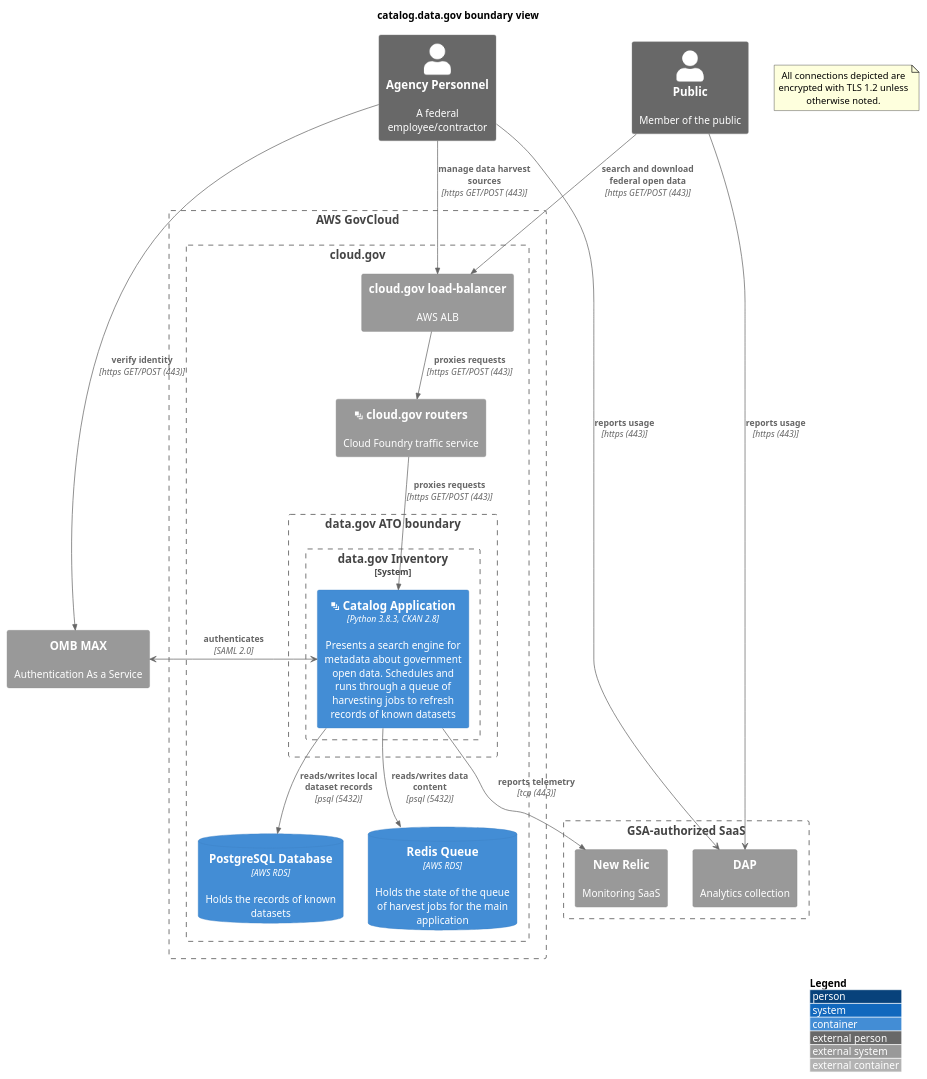
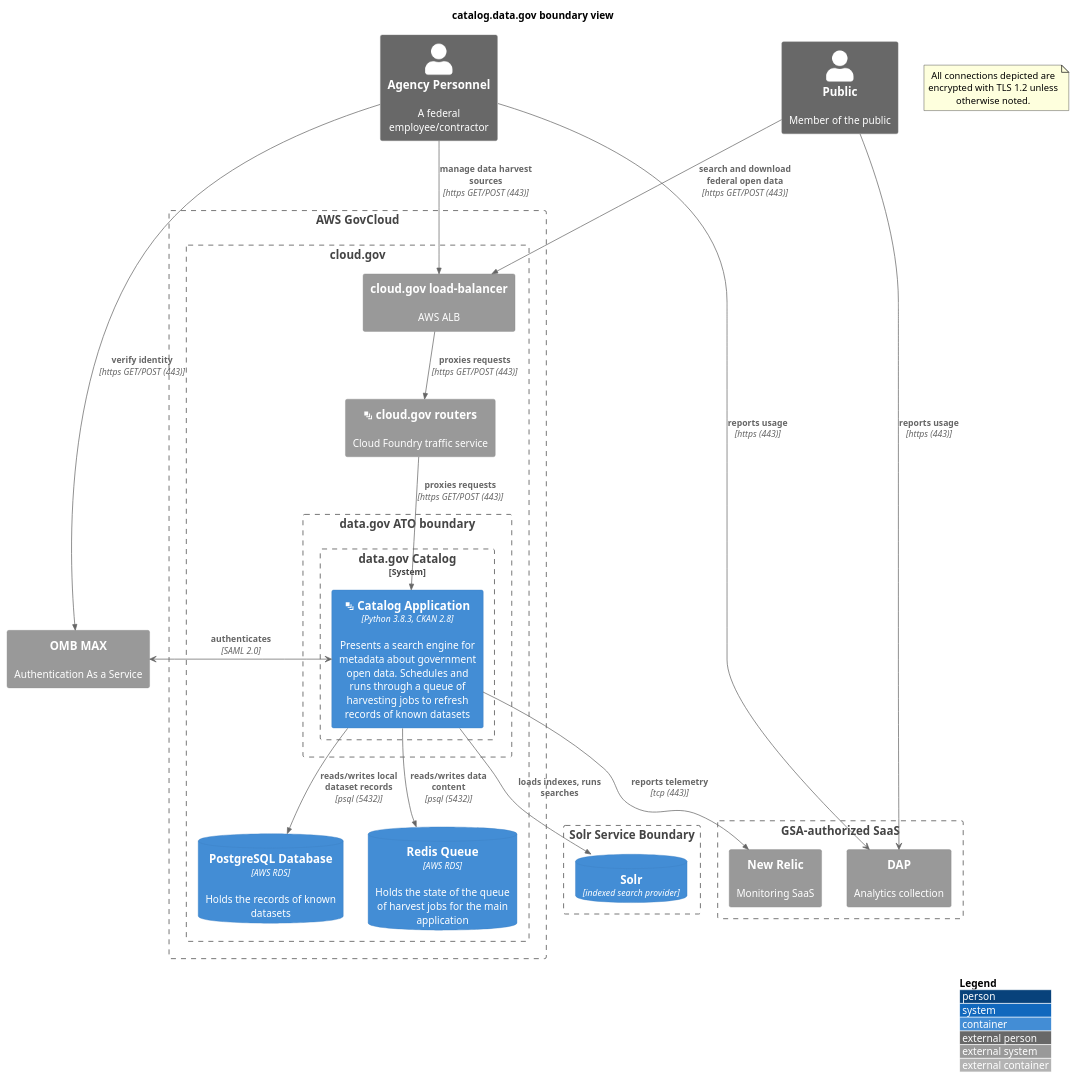
The sixth of 12 diagrams in codimd-scratchpad.md (GSA/datagov-compliance), drawn with PlantUML before and after one commit. The commit also changed other lines of this file, not shown here.

Commit message:
Added Solr service to diagrams for catalog and inventory

````diff
--- a/codimd-scratchpad.md
+++ b/codimd-scratchpad.md
@@ -290,44 +290,47 @@
 ```plantuml
 @startuml
 !include https://raw.githubusercontent.com/adrianvlupu/C4-PlantUML/master/C4_Container.puml
 ' uncomment the following line and comment the first to use locally
 ' !include C4_Container.puml
 LAYOUT_WITH_LEGEND()
 title catalog.data.gov boundary view
 Person_Ext(personnel, "Agency Personnel", "A federal employee/contractor")
 Person_Ext(public, "Public", "Member of the public")
 note as EncryptionNote
 All connections depicted are encrypted with TLS 1.2 unless otherwise noted.
 end note
 Boundary(aws, "AWS GovCloud") {
     Boundary(cloudgov, "cloud.gov") {
     	System_Ext(aws_alb, "cloud.gov load-balancer", "AWS ALB")
         System_Ext(cloudgov_router, "<&layers> cloud.gov routers", "Cloud Foundry traffic service")
         Boundary(atob, "data.gov ATO boundary") {
-            System_Boundary(dashboard, "data.gov Inventory") {
-                Container(dashboard_app, "<&layers> Catalog Application", "Python 3.8.3, CKAN 2.8", "Presents a search engine for metadata about government open data. Schedules and runs through a queue of harvesting jobs to refresh records of known datasets")
+            System_Boundary(catalog, "data.gov Catalog") {
+                Container(catalog_app, "<&layers> Catalog Application", "Python 3.8.3, CKAN 2.8", "Presents a search engine for metadata about government open data. Schedules and runs through a queue of harvesting jobs to refresh records of known datasets")
             }
         }
-        ContainerDb(dashboard_db, "PostgreSQL Database", "AWS RDS", "Holds the records of known datasets")
-        ContainerDb(dashboard_s3, "Redis Queue", "AWS RDS", "Holds the state of the queue of harvest jobs for the main application")
+        ContainerDb(catalog_db, "PostgreSQL Database", "AWS RDS", "Holds the records of known datasets")
+        ContainerDb(catalog_s3, "Redis Queue", "AWS RDS", "Holds the state of the queue of harvest jobs for the main application")
     }
 }
 System_Ext(OMB, "OMB MAX", "Authentication As a Service")
 Boundary(gsa_saas, "GSA-authorized SaaS") {
 	System_Ext(dap, "DAP", "Analytics collection")
 	System_Ext(newrelic, "New Relic", "Monitoring SaaS")
 }
 personnel -> dap : **reports usage** \n//[https (443)]//
 public -> dap : **reports usage** \n//[https (443)]//
-Rel(dashboard_app, newrelic, "reports telemetry", "tcp (443)")
+Rel(catalog_app, newrelic, "reports telemetry", "tcp (443)")
 Rel(personnel, aws_alb, "manage data harvest sources", "https GET/POST (443)")
 Rel(public, aws_alb, "search and download federal open data", "https GET/POST (443)")
 Rel(aws_alb, cloudgov_router, "proxies requests", "https GET/POST (443)")
-Rel(cloudgov_router, dashboard_app, "proxies requests", "https GET/POST (443)")
-dashboard_app <-> OMB : **authenticates** \n//[SAML 2.0]//
-'Rel(dashboard_app, OMB, "authenticates", "SAML 2.0")
+Rel(cloudgov_router, catalog_app, "proxies requests", "https GET/POST (443)")
+catalog_app <-> OMB : **authenticates** \n//[SAML 2.0]//
 Rel(personnel, OMB, "verify identity", "https GET/POST (443)")
-Rel(dashboard_app, dashboard_db, "reads/writes local dataset records", "psql (5432)")
-Rel(dashboard_app, dashboard_s3, "reads/writes data content", "psql (5432)")
+Rel(catalog_app, catalog_db, "reads/writes local dataset records", "psql (5432)")
+Rel(catalog_app, catalog_s3, "reads/writes data content", "psql (5432)")
+Boundary(solrb, "Solr Service Boundary") {
+  ContainerDb(solr, "Solr", "indexed search provider")
+}
+Rel(catalog_app, solr, "loads indexes, runs searches")
 @enduml
 ```
````
